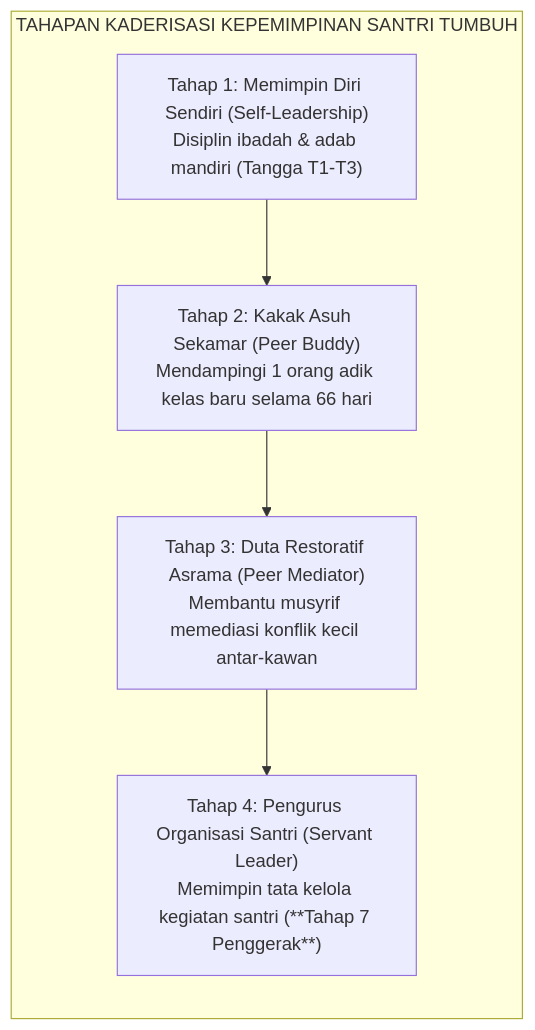
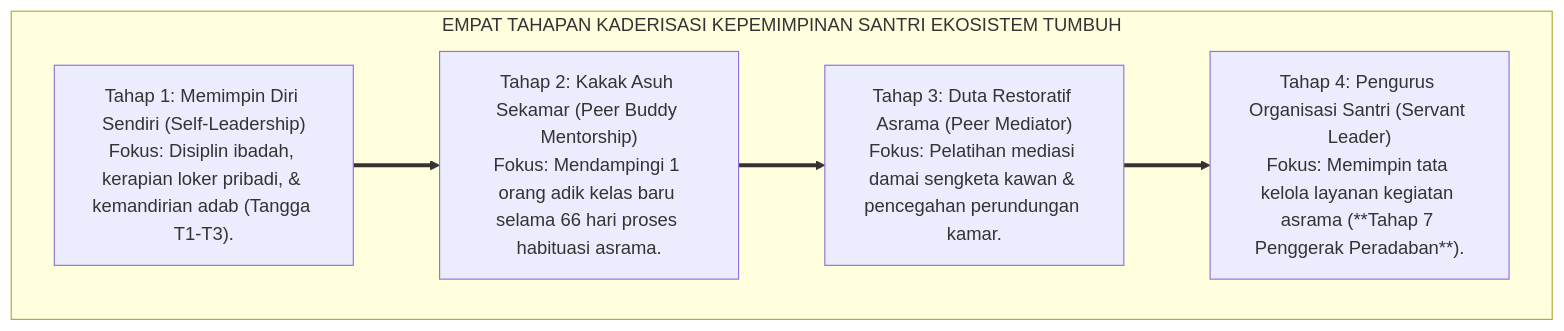
Before and after one commit to wandiapriliyandi/tumbuh: the fourth of 4 diagrams in BOOK-SERIES/Volume-01/Bab-04-Kritik-Feodalisme-dan-Distorsi-Tawadhu/04-Model-Servant-Qudwah-Leadership.md, drawn with Mermaid. The commit also changed other lines of this file and 24 other files, not shown here.

Commit message:
feat(book-01): perkaya dan perdalam seluruh isi subbab bab 02 s.d. 07 dengan elaborasi komprehensif, analisis mendalam, dan diagram alur lengkap

````diff
--- a/BOOK-SERIES/Volume-01/Bab-04-Kritik-Feodalisme-dan-Distorsi-Tawadhu/04-Model-Servant-Qudwah-Leadership.md
+++ b/BOOK-SERIES/Volume-01/Bab-04-Kritik-Feodalisme-dan-Distorsi-Tawadhu/04-Model-Servant-Qudwah-Leadership.md
@@ -69,8 +92,14 @@
 ```mermaid
-graph LR
-    subgraph KaderisasiTUMBUH["TAHAPAN KADERISASI KEPEMIMPINAN SANTRI TUMBUH"]
-        K1["Tahap 1: Memimpin Diri Sendiri (Self-Leadership)<br/>Disiplin ibadah & adab mandiri (Tangga T1-T3)"] --> K2["Tahap 2: Kakak Asuh Sekamar (Peer Buddy)<br/>Mendampingi 1 orang adik kelas baru selama 66 hari"]
-        K2 --> K3["Tahap 3: Duta Restoratif Asrama (Peer Mediator)<br/>Membantu musyrif memediasi konflik kecil antar-kawan"]
-        K3 --> K4["Tahap 4: Pengurus Organisasi Santri (Servant Leader)<br/>Memimpin tata kelola kegiatan santri (**Tahap 7 Penggerak**)"]
+graph TD
+    subgraph KaderisasiTUMBUH["EMPAT TAHAPAN KADERISASI KEPEMIMPINAN SANTRI EKOSISTEM TUMBUH"]
+        K1["Tahap 1: Memimpin Diri Sendiri (Self-Leadership)<br/>Fokus: Disiplin ibadah, kerapian loker pribadi, & kemandirian adab (Tangga T1-T3)."]
+        
+        K2["Tahap 2: Kakak Asuh Sekamar (Peer Buddy Mentorship)<br/>Fokus: Mendampingi 1 orang adik kelas baru selama 66 hari proses habituasi asrama."]
+        
+        K3["Tahap 3: Duta Restoratif Asrama (Peer Mediator)<br/>Fokus: Pelatihan mediasi damai sengketa kawan & pencegahan perundungan kamar."]
+        
+        K4["Tahap 4: Pengurus Organisasi Santri (Servant Leader)<br/>Fokus: Memimpin tata kelola layanan kegiatan asrama (**Tahap 7 Penggerak Peradaban**)."]
+        
+        K1 ==> K2 ==> K3 ==> K4
     end
 ```
````
